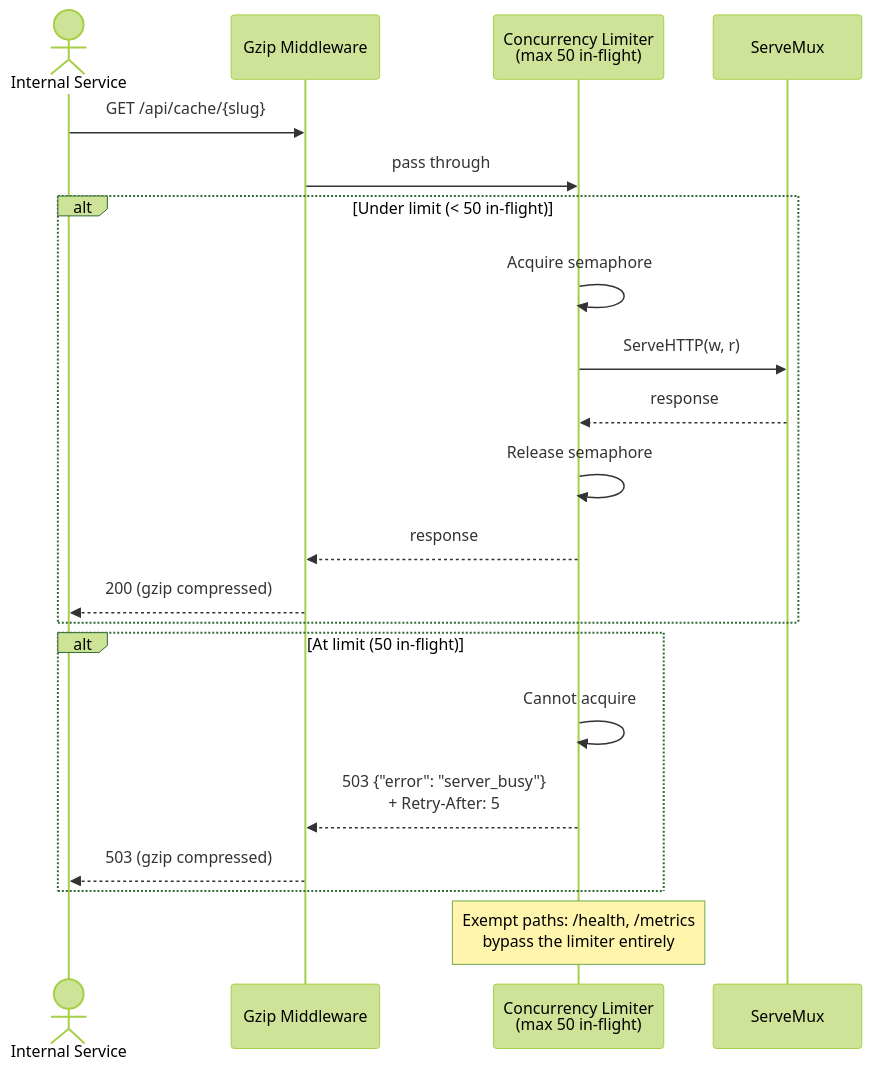
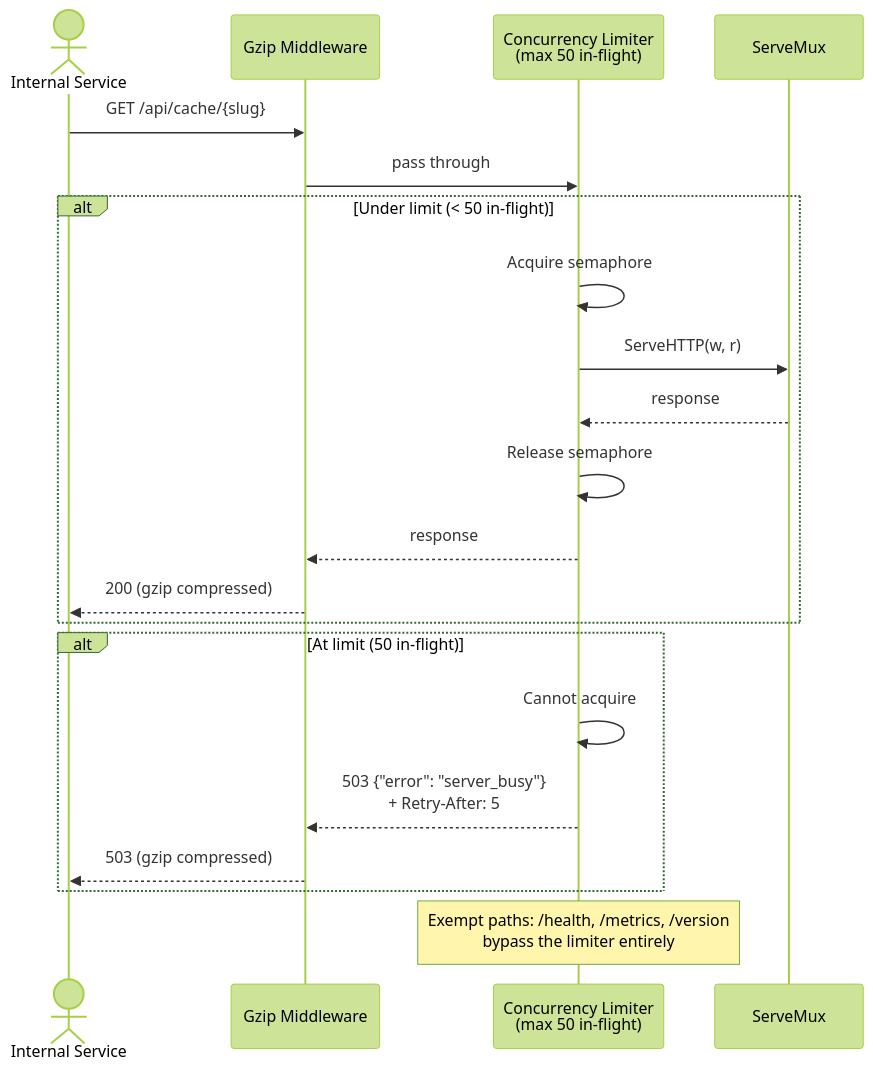
The fourth of 15 diagrams in docs/sequence-diagram.md (finish06/cash-drugs), drawn with Mermaid (forest theme) before and after one commit. The commit also changed other lines of this file and 6 other files, not shown here.

First line of the commit message:
docs: update all docs for M10 — diagrams, swagger, changelog, PRD

````diff
--- a/docs/sequence-diagram.md
+++ b/docs/sequence-diagram.md
@@ -129,27 +156,27 @@
 ```mermaid
 sequenceDiagram
     actor Client as Internal Service
     participant GZ as Gzip Middleware
     participant LIM as Concurrency Limiter<br/>(max 50 in-flight)
     participant MUX as ServeMux
 
     Client->>GZ: GET /api/cache/{slug}
     GZ->>LIM: pass through
 
     alt Under limit (< 50 in-flight)
         LIM->>LIM: Acquire semaphore
         LIM->>MUX: ServeHTTP(w, r)
         MUX-->>LIM: response
         LIM->>LIM: Release semaphore
         LIM-->>GZ: response
         GZ-->>Client: 200 (gzip compressed)
     end
 
     alt At limit (50 in-flight)
         LIM->>LIM: Cannot acquire
         LIM-->>GZ: 503 {"error": "server_busy"}<br/>+ Retry-After: 5
         GZ-->>Client: 503 (gzip compressed)
     end
 
-    Note over LIM: Exempt paths: /health, /metrics<br/>bypass the limiter entirely
+    Note over LIM: Exempt paths: /health, /metrics, /version<br/>bypass the limiter entirely
 ```
````
